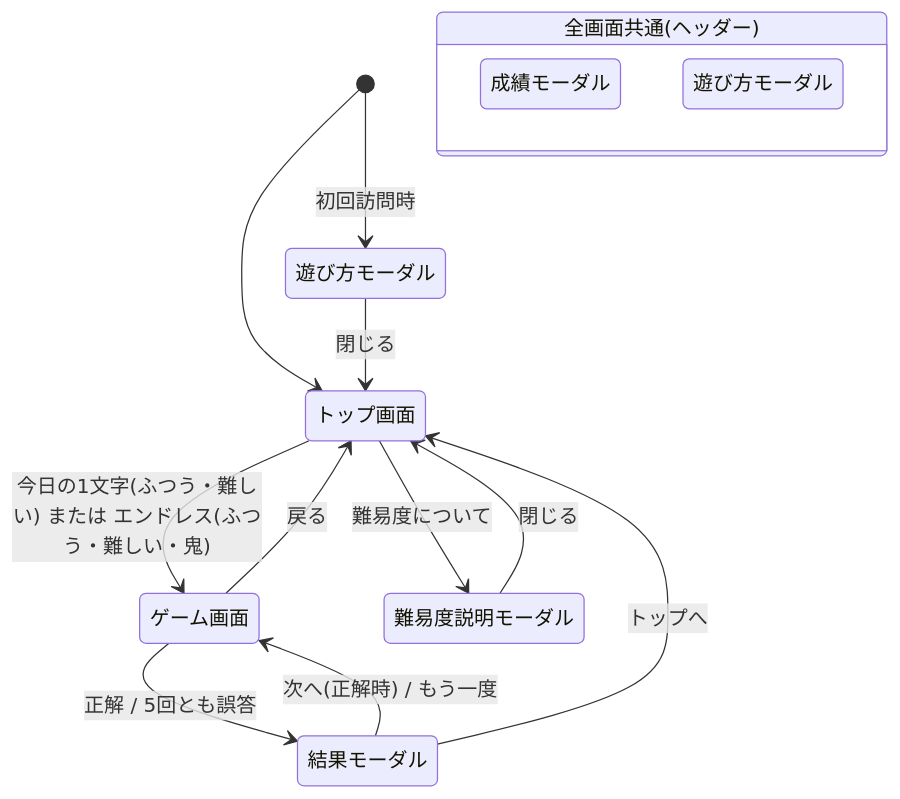
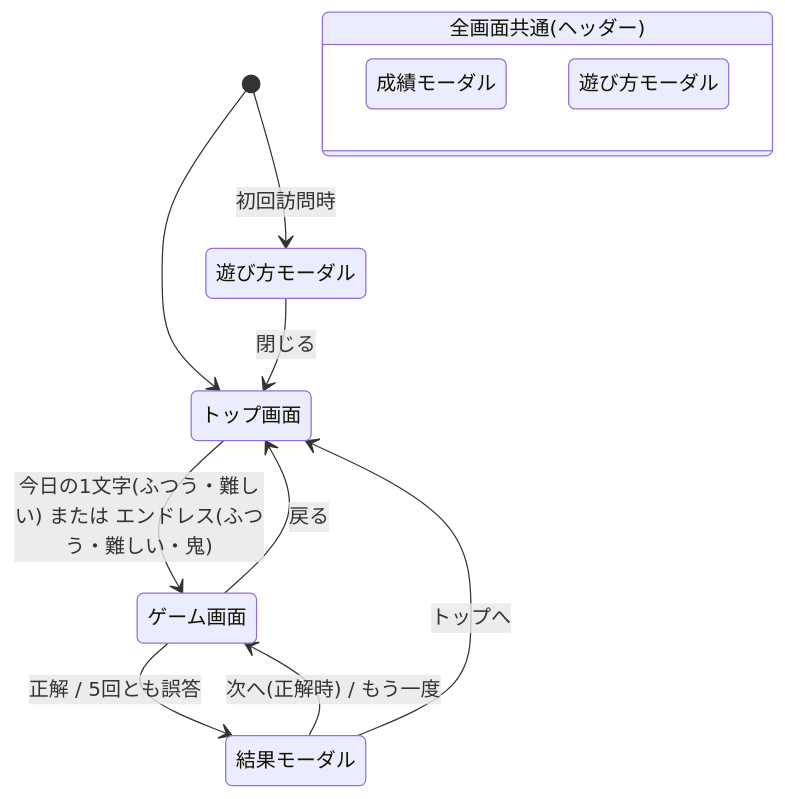
Before and after one commit to ur0o/nazotte-kanji: the diagram in specification/02-ui-and-screens.md, drawn with Mermaid. The commit also changed other lines of this file and 8 other files, not shown here.

````diff
--- a/specification/02-ui-and-screens.md
+++ b/specification/02-ui-and-screens.md
@@ -108,26 +104,23 @@
 ```mermaid
 stateDiagram-v2
     [*] --> Top
     [*] --> HowTo: 初回訪問時
     HowTo --> Top: 閉じる
 
     Top --> Game: 今日の1文字(ふつう・難しい) または エンドレス(ふつう・難しい・鬼)
-    Top --> DifficultyHelp: 難易度について
-    DifficultyHelp --> Top: 閉じる
 
     Game --> Result: 正解 / 5回とも誤答
     Result --> Game: 次へ(正解時) / もう一度
     Result --> Top: トップへ
     Game --> Top: 戻る
 
     state "全画面共通(ヘッダー)" as Common {
         Stats: 成績モーダル
         HowTo2: 遊び方モーダル
     }
 
     Top: トップ画面
     Game: ゲーム画面
     Result: 結果モーダル
     HowTo: 遊び方モーダル
-    DifficultyHelp: 難易度説明モーダル
 ```
````
